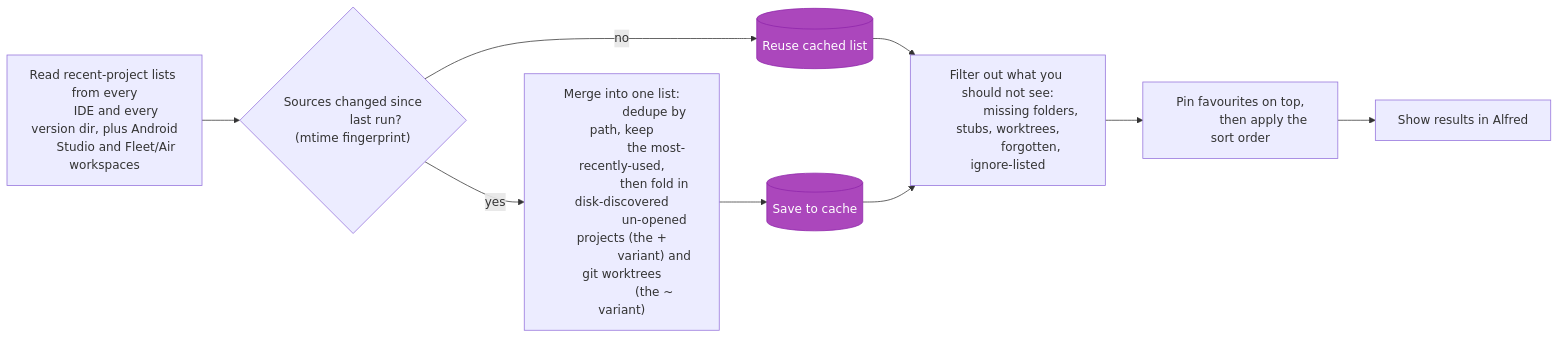
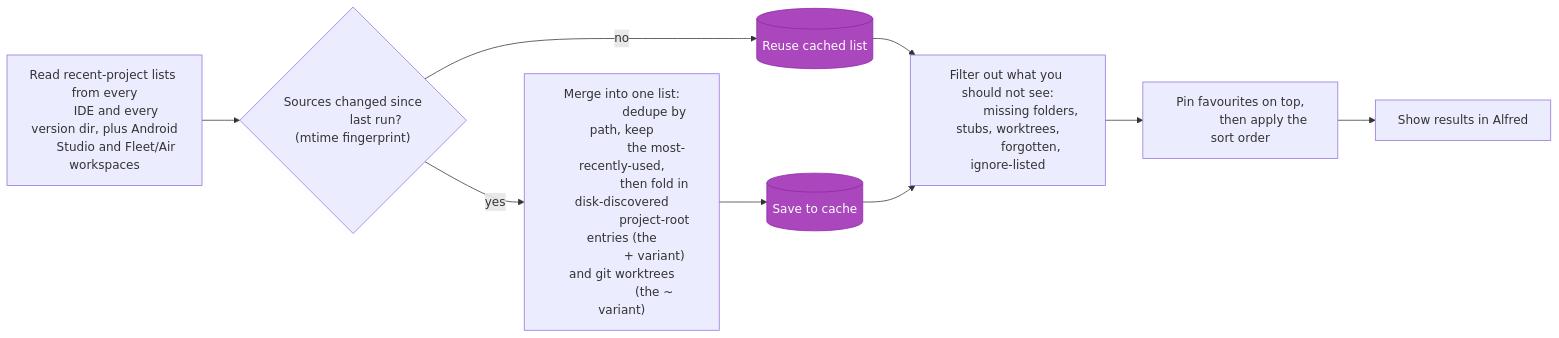
One commit to DavidSeptimus/alfred-jetbrains-launcher changed the first of 4 diagrams in docs/ARCHITECTURE.md. Above: the diagram before and after it, drawn with Mermaid. The commit also changed 2 other files, not shown here.

Commit message:
docs: project-root terminology and neutral-frontend notes
Rename the `+` variant's "un-opened projects" wording to "project-root"
across the README and design docs, and note the neutral api frontend.

````diff
--- a/docs/ARCHITECTURE.md
+++ b/docs/ARCHITECTURE.md
@@ -19,26 +19,26 @@
 ```mermaid
 flowchart LR
     classDef cache fill:#AB47BC,stroke:#8E24AA,color:#fff
 
     A["Read recent-project lists from every
        IDE and every version dir, plus Android
        Studio and Fleet/Air workspaces"]
     A --> B{"Sources changed since
              last run? (mtime fingerprint)"}
     B -->|no| C[("Reuse cached list")]:::cache
     B -->|yes| D["Merge into one list:
                   dedupe by path, keep
                   the most-recently-used,
                   then fold in disk-discovered
-                  un-opened projects (the +
-                  variant) and git worktrees
+                  project-root entries (the
+                  + variant) and git worktrees
                   (the ~ variant)"]
     D --> E[("Save to cache")]:::cache
     C --> F["Filter out what you should not see:
              missing folders, stubs, worktrees,
              forgotten, ignore-listed"]
     E --> F
     F --> G["Pin favourites on top,
              then apply the sort order"]
     G --> H["Show results in Alfred"]
 ```
````
